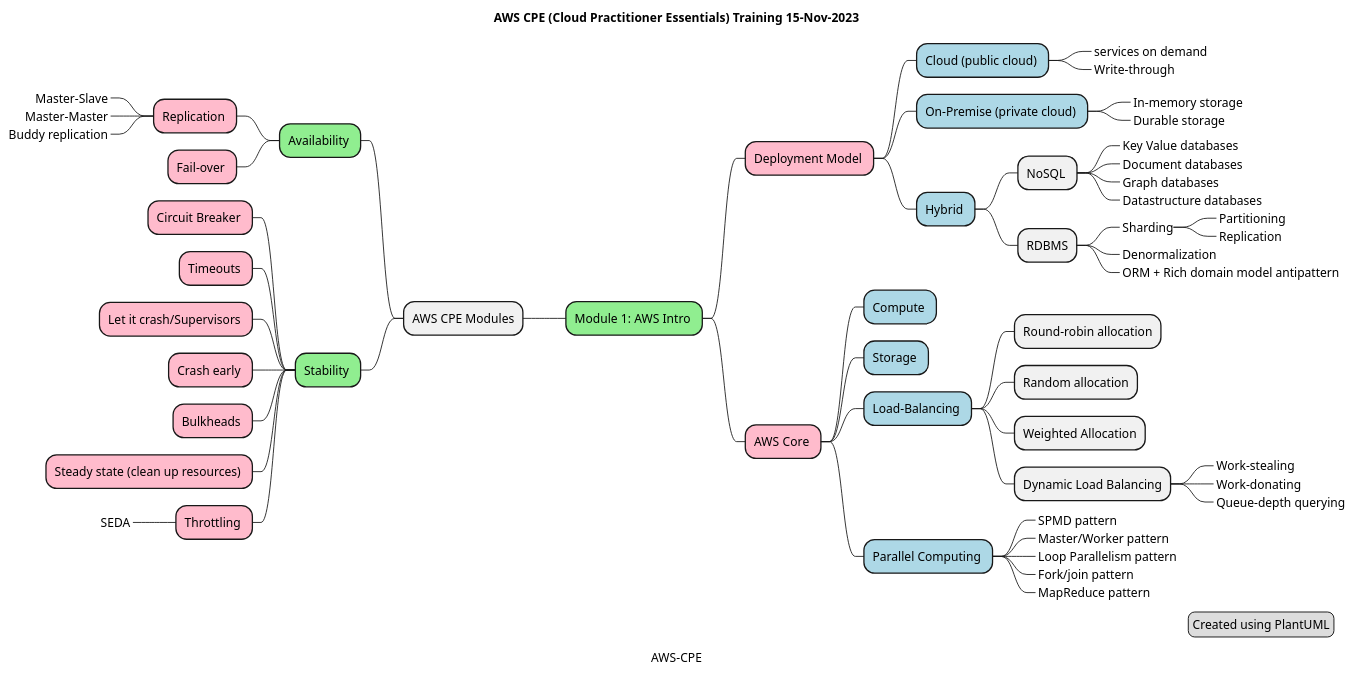
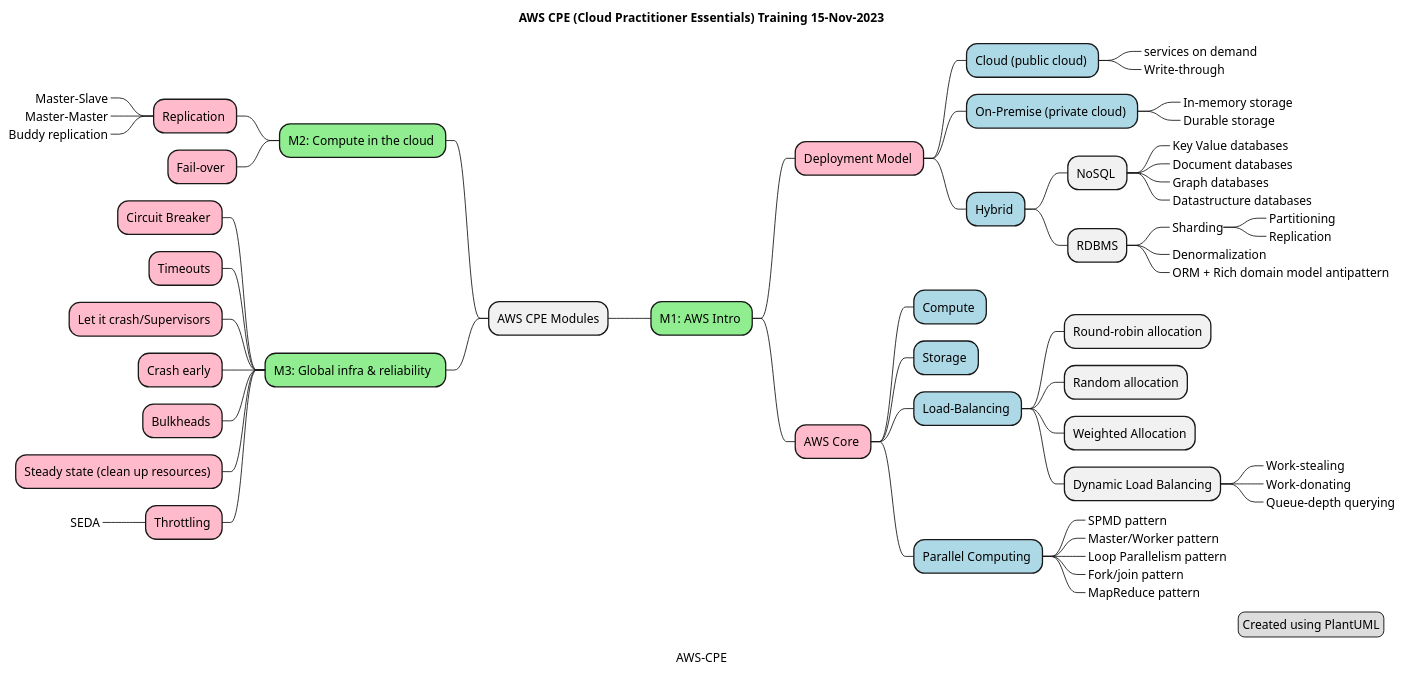
Before and after one commit to djiwandou-p/notes-learning: the diagram in aws-cpe-15-nov-2023/aws-cpe.puml, drawn with PlantUML.

Commit message:
feat: Add module M1,M2

```diff
--- a/aws-cpe-15-nov-2023/aws-cpe.puml
+++ b/aws-cpe-15-nov-2023/aws-cpe.puml
@@ -1,75 +1,75 @@
 @startmindmap
 caption AWS-CPE
 title AWS CPE (Cloud Practitioner Essentials) Training 15-Nov-2023
 <style>
 mindmapDiagram {
   .green {
     BackgroundColor lightgreen
   }
   .rose {
     BackgroundColor #FFBBCC
   }
   .lightblue {
     BackgroundColor lightblue
   }
 }
 </style>
 * AWS CPE Modules
-** Module 1: AWS Intro <<green>>
+** M1: AWS Intro <<green>>
 *** Deployment Model <<rose>>
 **** Cloud (public cloud) <<lightblue>>
 *****_ services on demand
 *****_ Write-through
 **** On-Premise (private cloud) <<lightblue>>
 *****_ In-memory storage
 *****_ Durable storage
 **** Hybrid <<lightblue>>
 ***** NoSQL 
 ******_ Key Value databases
 ******_ Document databases
 ******_ Graph databases
 ******_ Datastructure databases
 ***** RDBMS
 ******_ Sharding
 *******_ Partitioning
 *******_ Replication
 ******_ Denormalization
 ******_ ORM + Rich domain model antipattern
 *** AWS Core <<rose>>
 **** Compute <<lightblue>>
 **** Storage <<lightblue>>
 **** Load-Balancing <<lightblue>>
 ***** Round-robin allocation
 ***** Random allocation
 ***** Weighted Allocation
 ***** Dynamic Load Balancing
 ******_ Work-stealing
 ******_ Work-donating
 ******_ Queue-depth querying
 **** Parallel Computing <<lightblue>>
 *****_ SPMD pattern
 *****_ Master/Worker pattern
 *****_ Loop Parallelism pattern
 *****_ Fork/join pattern
 *****_ MapReduce pattern
 left side
-** Availability <<green>>
+** M2: Compute in the cloud <<green>>
 *** Replication <<rose>>
 ****_ Master-Slave
 ****_ Master-Master
 ****_ Buddy replication
 *** Fail-over <<rose>>
-** Stability <<green>>
+** M3: Global infra & reliability  <<green>>
 *** Circuit Breaker <<rose>>
 *** Timeouts <<rose>>
 *** Let it crash/Supervisors <<rose>>
 *** Crash early <<rose>>
 *** Bulkheads <<rose>>
 *** Steady state (clean up resources) <<rose>>
 *** Throttling <<rose>>
 ****_ SEDA
 
 legend right
   Created using PlantUML
 endlegend
 @endmindmap
```
